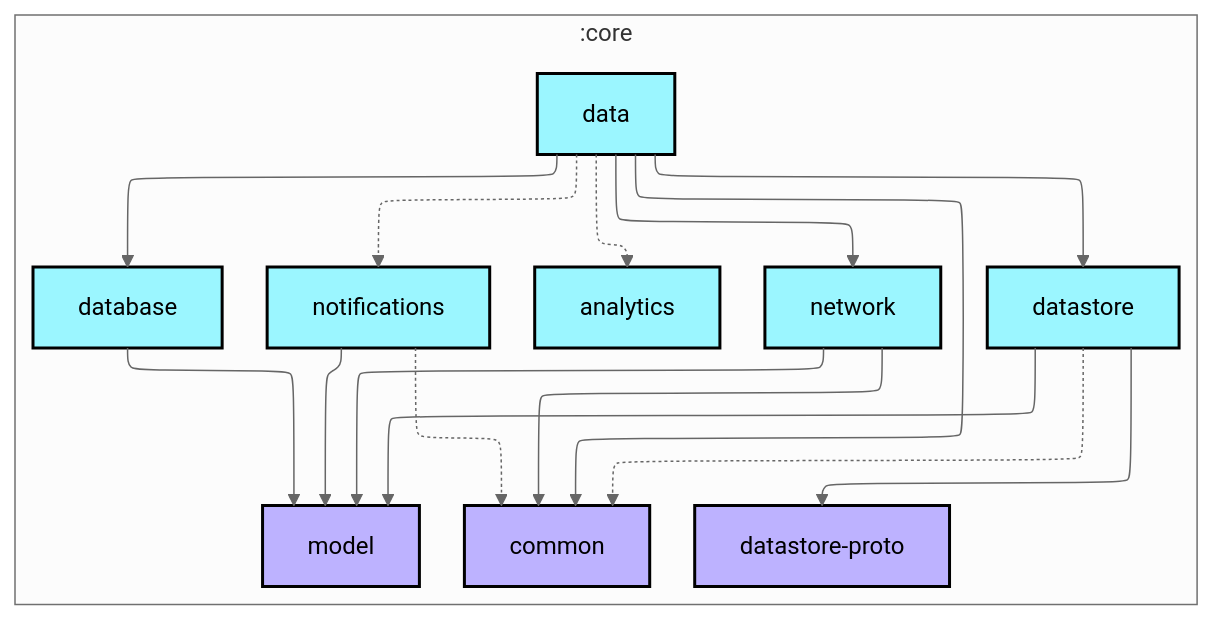
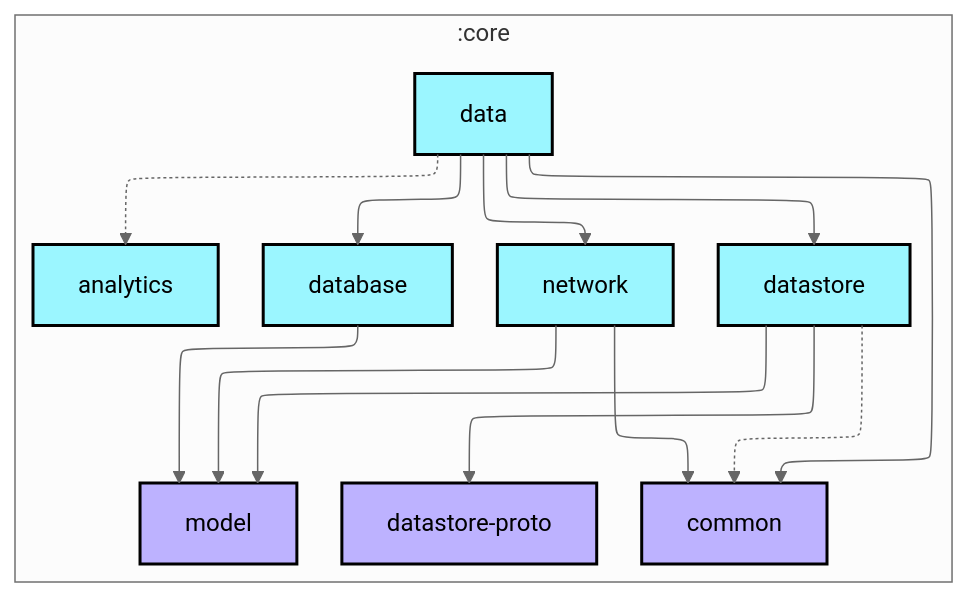
The first of 2 diagrams in core/data/README.md (weiyuhl/nowinandroidtest), drawn with Mermaid (neutral theme) before and after one commit. The commit also changed other lines of this file and 207 other files, not shown here.

````diff
--- a/core/data/README.md
+++ b/core/data/README.md
@@ -6,43 +6,39 @@
 ```mermaid
 ---
 config:
   layout: elk
   elk:
     nodePlacementStrategy: SIMPLE
 ---
 graph TB
   subgraph :core
     direction TB
     :core:analytics[analytics]:::android-library
     :core:common[common]:::jvm-library
     :core:data[data]:::android-library
     :core:database[database]:::android-library
     :core:datastore[datastore]:::android-library
     :core:datastore-proto[datastore-proto]:::jvm-library
     :core:model[model]:::jvm-library
     :core:network[network]:::android-library
-    :core:notifications[notifications]:::android-library
   end
 
   :core:data -.-> :core:analytics
   :core:data --> :core:common
   :core:data --> :core:database
   :core:data --> :core:datastore
   :core:data --> :core:network
-  :core:data -.-> :core:notifications
   :core:database --> :core:model
   :core:datastore -.-> :core:common
   :core:datastore --> :core:datastore-proto
   :core:datastore --> :core:model
   :core:network --> :core:common
   :core:network --> :core:model
-  :core:notifications -.-> :core:common
-  :core:notifications --> :core:model
 
 classDef android-application fill:#CAFFBF,stroke:#000,stroke-width:2px,color:#000;
-classDef android-feature fill:#FFD6A5,stroke:#000,stroke-width:2px,color:#000;
+classDef android-route fill:#FFD6A5,stroke:#000,stroke-width:2px,color:#000;
 classDef android-library fill:#9BF6FF,stroke:#000,stroke-width:2px,color:#000;
 classDef android-test fill:#A0C4FF,stroke:#000,stroke-width:2px,color:#000;
 classDef jvm-library fill:#BDB2FF,stroke:#000,stroke-width:2px,color:#000;
 classDef unknown fill:#FFADAD,stroke:#000,stroke-width:2px,color:#000;
 ```
````
